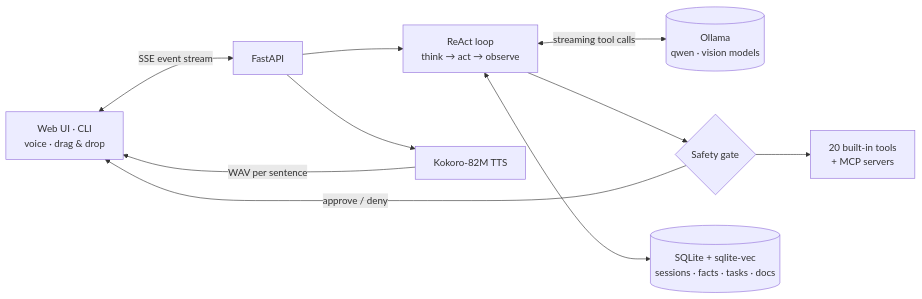
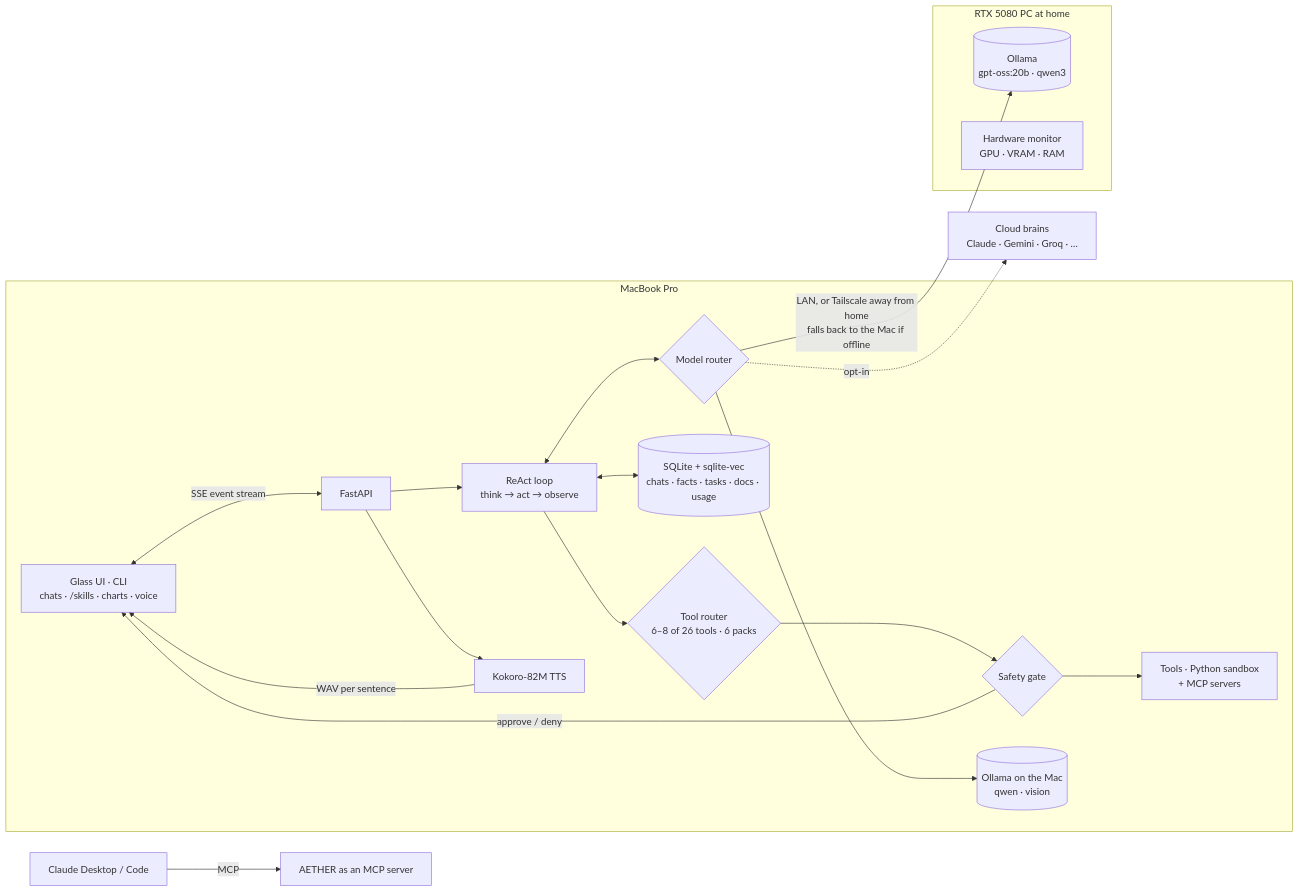
Before and after one commit to Piyuz-ui/aether: the diagram in README.md, drawn with Mermaid. The commit also changed other lines of this file and 33 other files, not shown here.

````diff
--- a/README.md
+++ b/README.md
@@ -55,11 +62,22 @@
 ```mermaid
 flowchart LR
-    U["Web UI · CLI<br/>voice · drag & drop"] <-->|"SSE event stream"| API["FastAPI"]
-    API --> LOOP["ReAct loop<br/>think → act → observe"]
-    LOOP <-->|"streaming tool calls"| LLM[("Ollama<br/>qwen · vision models")]
-    LOOP --> GATE{"Safety gate"}
-    GATE -->|"approve / deny"| U
-    GATE --> TOOLS["20 built-in tools<br/>+ MCP servers"]
-    LOOP <--> MEM[("SQLite + sqlite-vec<br/>sessions · facts · tasks · docs")]
-    API --> TTS["Kokoro-82M TTS"] -->|"WAV per sentence"| U
+    subgraph MAC["MacBook Pro"]
+        U["Glass UI · CLI<br/>chats · /skills · charts · voice"] <-->|"SSE event stream"| API["FastAPI"]
+        API --> LOOP["ReAct loop<br/>think → act → observe"]
+        LOOP --> ROUTE{"Tool router<br/>6–8 of 26 tools · 6 packs"}
+        ROUTE --> GATE{"Safety gate"}
+        GATE -->|"approve / deny"| U
+        GATE --> TOOLS["Tools · Python sandbox<br/>+ MCP servers"]
+        LOOP <--> MEM[("SQLite + sqlite-vec<br/>chats · facts · tasks · docs · usage")]
+        API --> TTS["Kokoro-82M TTS"] -->|"WAV per sentence"| U
+        LOOP <--> MR{"Model router"}
+        MR --> MACLLM[("Ollama on the Mac<br/>qwen · vision")]
+    end
+    subgraph PC["RTX 5080 PC at home"]
+        PCLLM[("Ollama<br/>gpt-oss:20b · qwen3")]
+        MON["Hardware monitor<br/>GPU · VRAM · RAM"]
+    end
+    MR -->|"LAN, or Tailscale away from home<br/>falls back to the Mac if offline"| PCLLM
+    MR -.->|"opt-in"| CLOUD["Cloud brains<br/>Claude · Gemini · Groq · …"]
+    CLAUDE["Claude Desktop / Code"] -->|"MCP"| AMCP["AETHER as an MCP server"]
 ```
````
